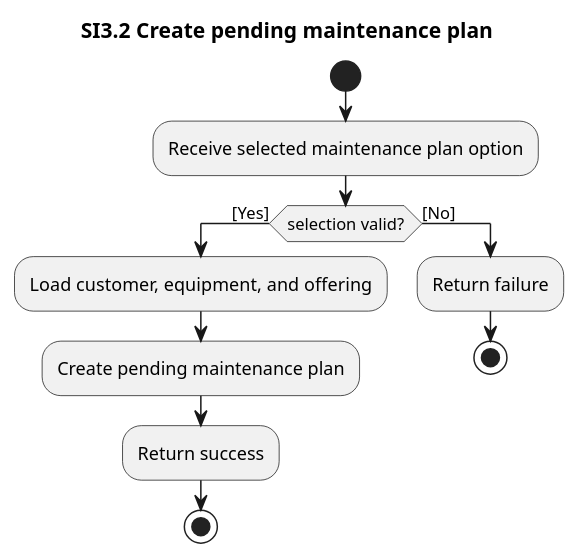
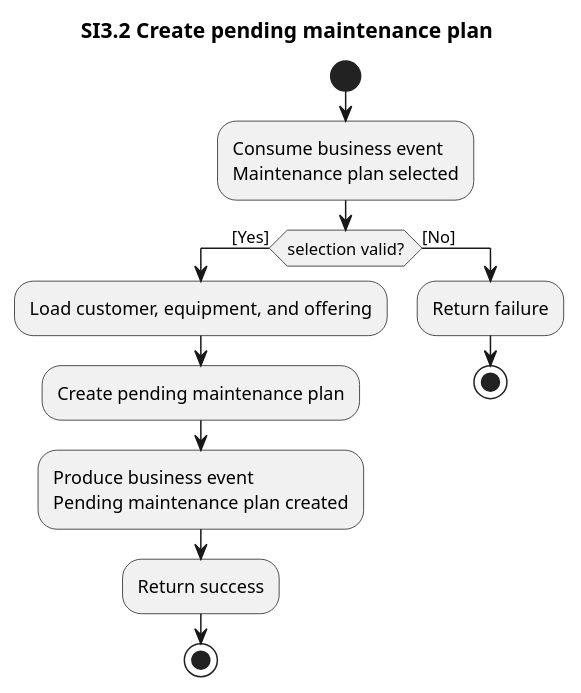
Before and after one commit to ottolote/fixme: the diagram in docs/system-interactions/si3.2-create-pending-maintenance-plan.pu, drawn with PlantUML. The commit also changed 33 other files, not shown here.

```diff
--- a/docs/system-interactions/si3.2-create-pending-maintenance-plan.pu
+++ b/docs/system-interactions/si3.2-create-pending-maintenance-plan.pu
@@ -1,17 +1,20 @@
 @startuml si3.2-create-pending-maintenance-plan
 title SI3.2 Create pending maintenance plan
 
 start
-:Receive selected maintenance plan option;
+:Consume business event
+Maintenance plan selected;
 
 if (selection valid?) then ([Yes])
   :Load customer, equipment, and offering;
   :Create pending maintenance plan;
+  :Produce business event
+Pending maintenance plan created;
   :Return success;
   stop
 else ([No])
   :Return failure;
   stop
 endif
 
 @enduml
```
